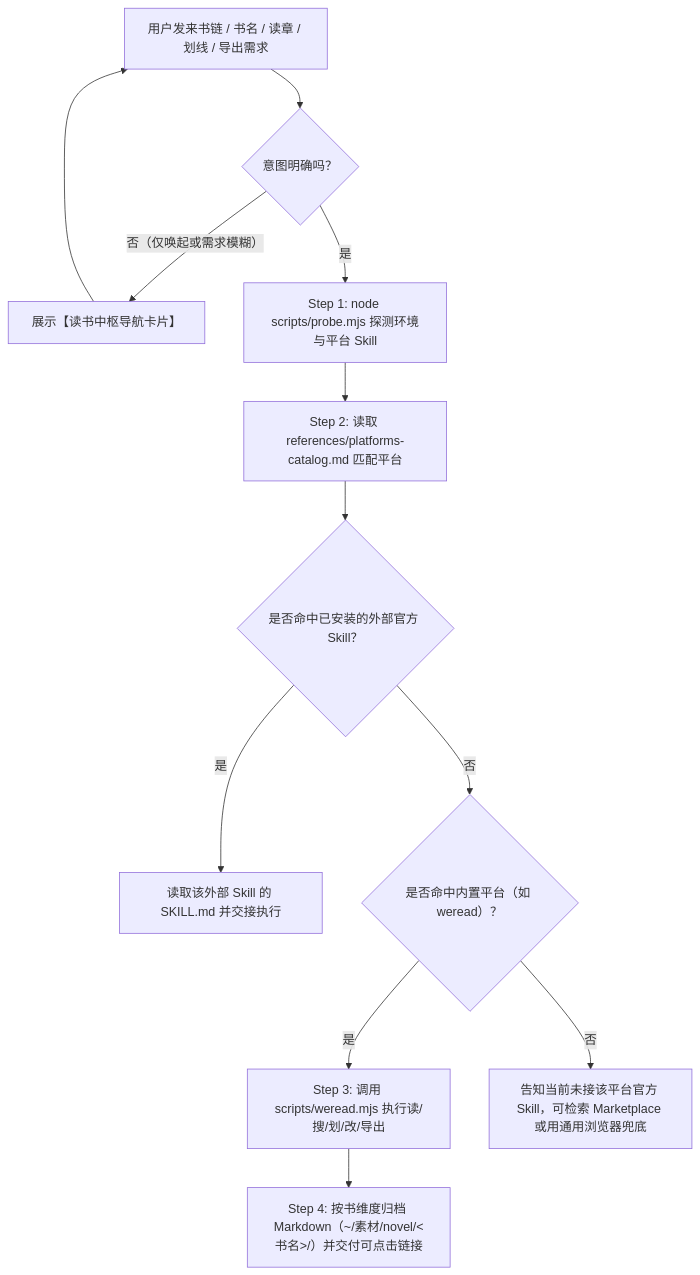
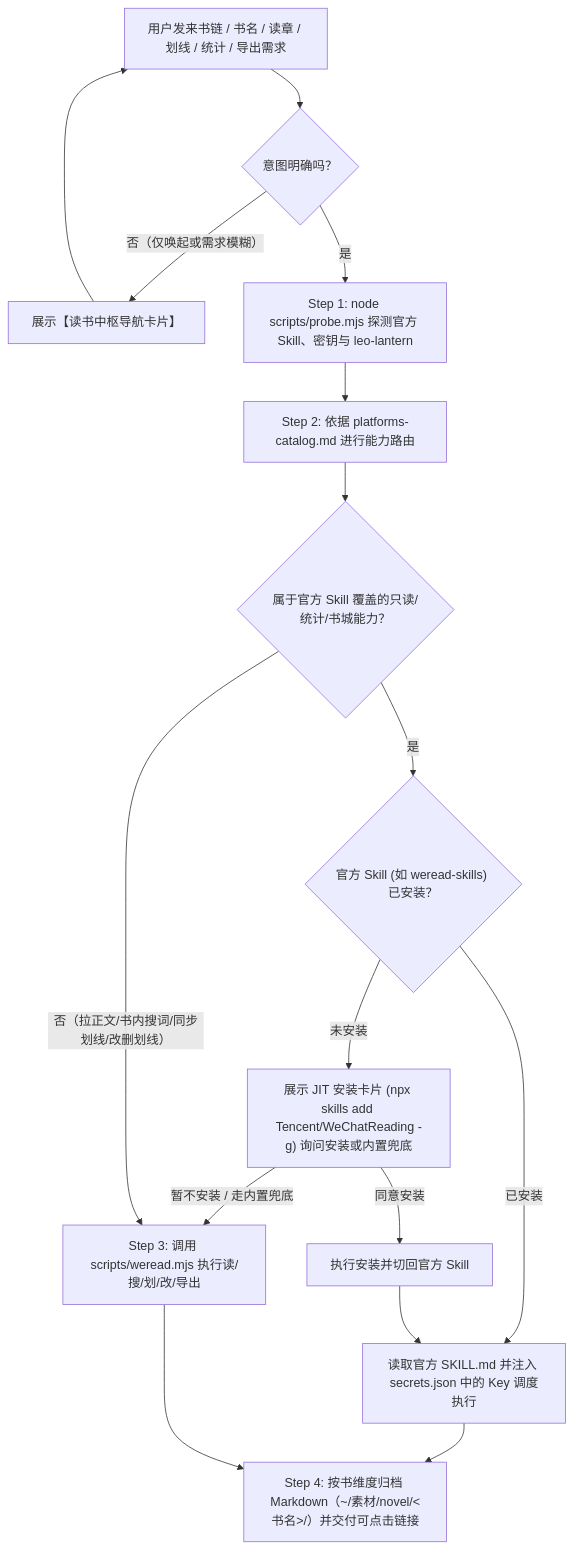
The diagram in lib/skills/leo-novel-router/SKILL.md (zlpawn/shrimp), drawn with Mermaid before and after one commit. The commit also changed other lines of this file and 4 other files, not shown here.

Commit message:
feat(leo-novel-router): integrate official Tencent/WeChatReading weread-skills routing and secrets.json management

````diff
--- a/lib/skills/leo-novel-router/SKILL.md
+++ b/lib/skills/leo-novel-router/SKILL.md
@@ -24,13 +25,16 @@
 ```mermaid
 flowchart TD
-    A["用户发来书链 / 书名 / 读章 / 划线 / 导出需求"] --> B{"意图明确吗？"}
+    A["用户发来书链 / 书名 / 读章 / 划线 / 统计 / 导出需求"] --> B{"意图明确吗？"}
     B -- "否（仅唤起或需求模糊）" --> C["展示【读书中枢导航卡片】"] --> A
-    B -- "是" --> D["Step 1: node scripts/probe.mjs 探测环境与平台 Skill"]
-    D --> E["Step 2: 读取 references/platforms-catalog.md 匹配平台"]
-    E --> F{"是否命中已安装的外部官方 Skill？"}
-    F -- "是" --> G["读取该外部 Skill 的 SKILL.md 并交接执行"]
-    F -- "否" --> H{"是否命中内置平台（如 weread）？"}
-    H -- "是" --> I["Step 3: 调用 scripts/weread.mjs 执行读/搜/划/改/导出"]
-    H -- "否" --> J["告知当前未接该平台官方 Skill，可检索 Marketplace 或用通用浏览器兜底"]
-    I --> K["Step 4: 按书维度归档 Markdown（~/素材/novel/<书名>/）并交付可点击链接"]
+    B -- "是" --> D["Step 1: node scripts/probe.mjs 探测官方 Skill、密钥与 leo-lantern"]
+    D --> E["Step 2: 依据 platforms-catalog.md 进行能力路由"]
+    E --> F{"属于官方 Skill 覆盖的只读/统计/书城能力？"}
+    F -- "是" --> G{"官方 Skill (如 weread-skills) 已安装？"}
+    G -- "已安装" --> H["读取官方 SKILL.md 并注入 secrets.json 中的 Key 调度执行"]
+    G -- "未安装" --> I["展示 JIT 安装卡片 (npx skills add Tencent/WeChatReading -g) 询问安装或内置兜底"]
+    I -- "同意安装" --> J["执行安装并切回官方 Skill"] --> H
+    I -- "暂不安装 / 走内置兜底" --> K
+    F -- "否（拉正文/书内搜词/同步划线/改删划线）" --> K["Step 3: 调用 scripts/weread.mjs 执行读/搜/划/改/导出"]
+    H --> L["Step 4: 按书维度归档 Markdown（~/素材/novel/<书名>/）并交付可点击链接"]
+    K --> L
 ```
````
